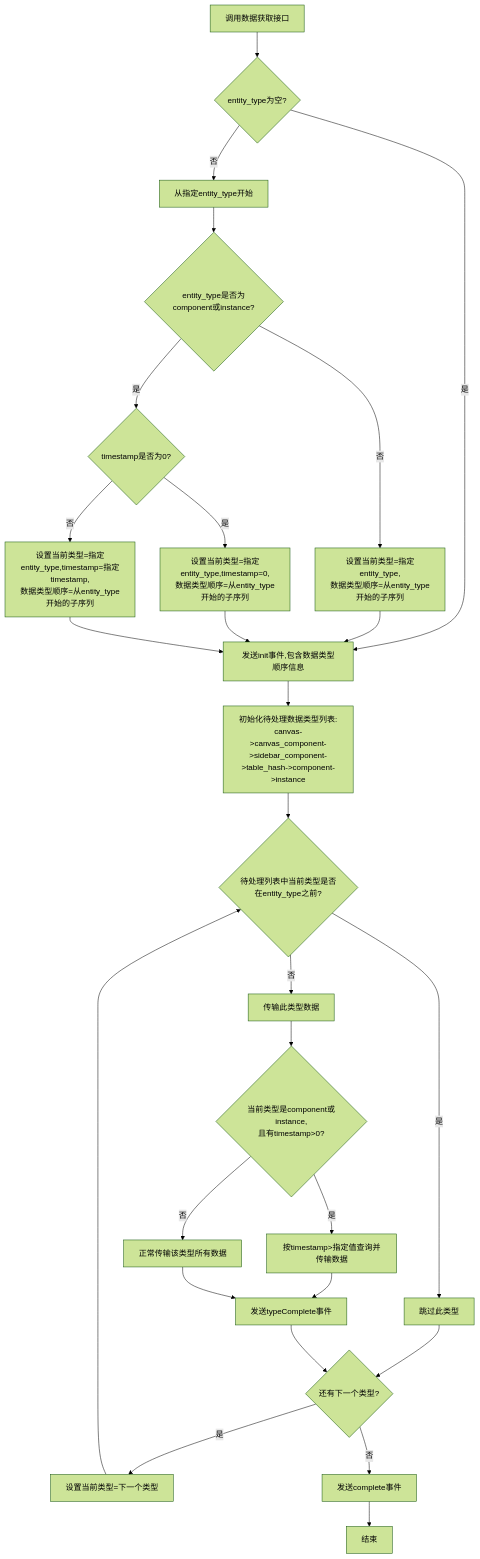
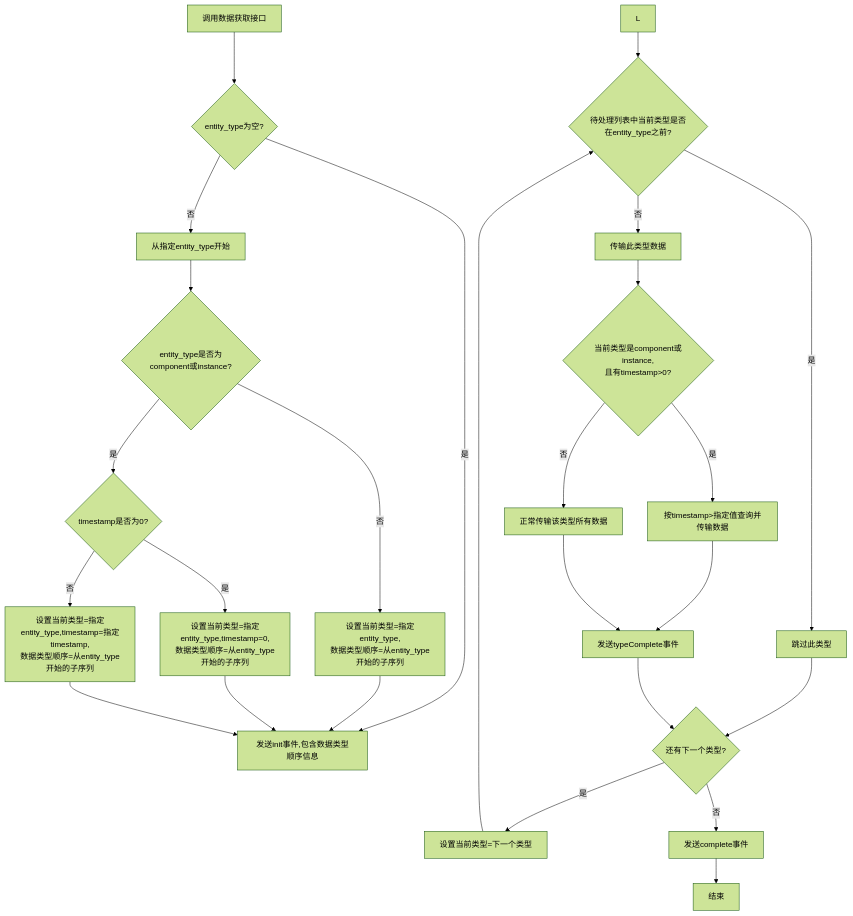
One commit to yingjianzh/iodraw-files changed the diagram in all/未命名-59.md. Above: the diagram before and after it, drawn with Mermaid (forest theme).

Commit message:
2025-05-14 15:40:11 update

````diff
--- a/all/未命名-59.md
+++ b/all/未命名-59.md
@@ -1,40 +1,39 @@
 ```mermaid
 flowchart TD
     A[调用数据获取接口] --> B{entity_type为空?}
 
     B -->|是| K[发送init事件,包含数据类型顺序信息]
     B -->|否| D[从指定entity_type开始]
     
     D --> F{entity_type是否为component或instance?}
     
     F -->|否| G[设置当前类型=指定entity_type,\n数据类型顺序=从entity_type开始的子序列]
     F -->|是| H{timestamp是否为0?}
     
     H -->|是| I[设置当前类型=指定entity_type,timestamp=0,\n数据类型顺序=从entity_type开始的子序列]
     H -->|否| J[设置当前类型=指定entity_type,timestamp=指定timestamp,\n数据类型顺序=从entity_type开始的子序列]
     
     G --> K
     I --> K
     J --> K
     
-    K --> L[初始化待处理数据类型列表:\ncanvas->canvas_component->sidebar_component->table_hash->component->instance]
     
     L --> M{待处理列表中当前类型是否在entity_type之前?}
     M -->|是| N[跳过此类型]
     M -->|否| O[传输此类型数据]
     
     O --> P{当前类型是component或instance,\n且有timestamp>0?}
     P -->|是| Q[按timestamp>指定值查询并传输数据]
     P -->|否| R[正常传输该类型所有数据]
     
     Q --> S[发送typeComplete事件]
     R --> S
     N --> T{还有下一个类型?}
     S --> T
     
     T -->|是| U[设置当前类型=下一个类型]
     T -->|否| V[发送complete事件]
     
     U --> M
     V --> W[结束]
 ```
````
